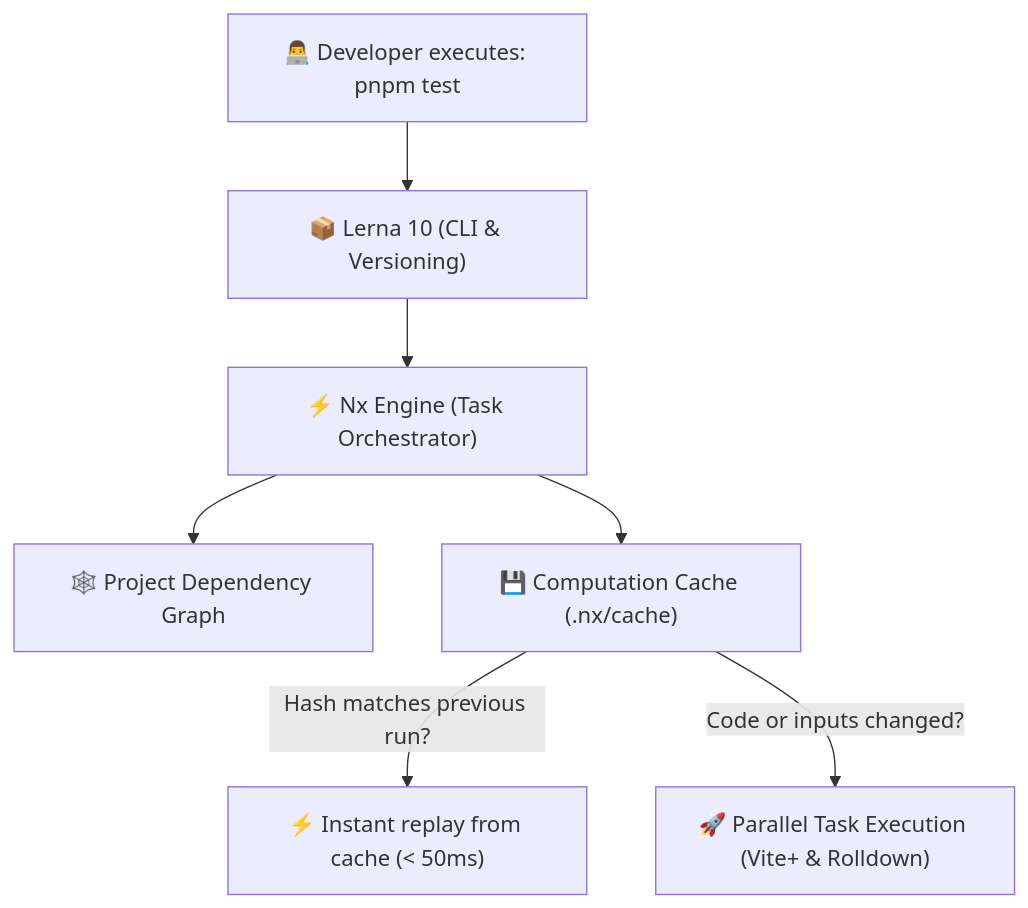
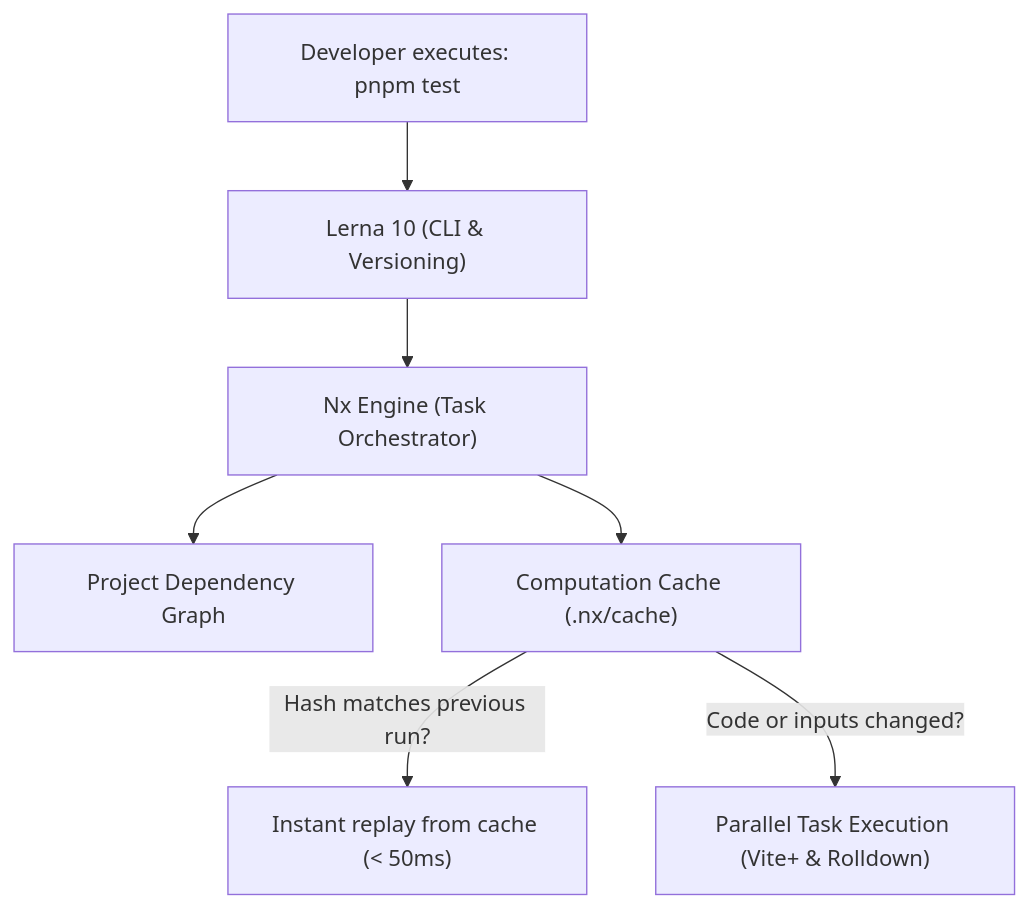
Before and after one commit to nelomr/components-kit: the diagram in docs/MONOREPO_GUIDE.md, drawn with Mermaid. The commit also changed other lines of this file and 388 other files, not shown here.

First line of the commit message:
feat(monorepo): introduce multi-framework architecture with vue 3 and react 19

````diff
--- a/docs/MONOREPO_GUIDE.md
+++ b/docs/MONOREPO_GUIDE.md
@@ -70,16 +73,16 @@
 ```mermaid
 flowchart TD
-    User["👨‍💻 Developer executes: pnpm test"]
-    Lerna["📦 Lerna 10 (CLI & Versioning)"]
-    Nx["⚡ Nx Engine (Task Orchestrator)"]
-    Graph["🕸️ Project Dependency Graph"]
-    Cache["💾 Computation Cache (.nx/cache)"]
-    Exec["🚀 Parallel Task Execution (Vite+ & Rolldown)"]
+    User["Developer executes: pnpm test"]
+    Lerna["Lerna 10 (CLI & Versioning)"]
+    Nx["Nx Engine (Task Orchestrator)"]
+    Graph["Project Dependency Graph"]
+    Cache["Computation Cache (.nx/cache)"]
+    Exec["Parallel Task Execution (Vite+ & Rolldown)"]
 
     User --> Lerna
     Lerna --> Nx
     Nx --> Graph
     Nx --> Cache
-    Cache -->|Hash matches previous run?| Instant["⚡ Instant replay from cache (< 50ms)"]
+    Cache -->|Hash matches previous run?| Instant["Instant replay from cache (< 50ms)"]
     Cache -->|Code or inputs changed?| Exec
 ```
````
